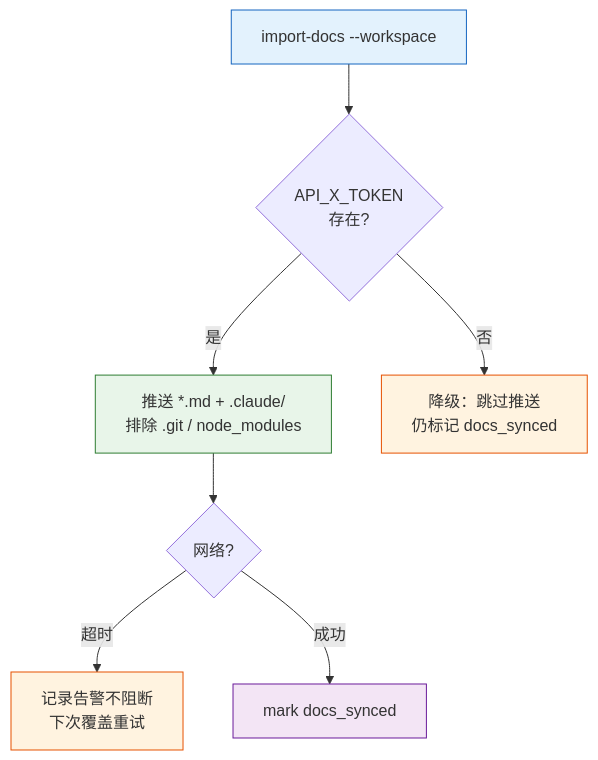
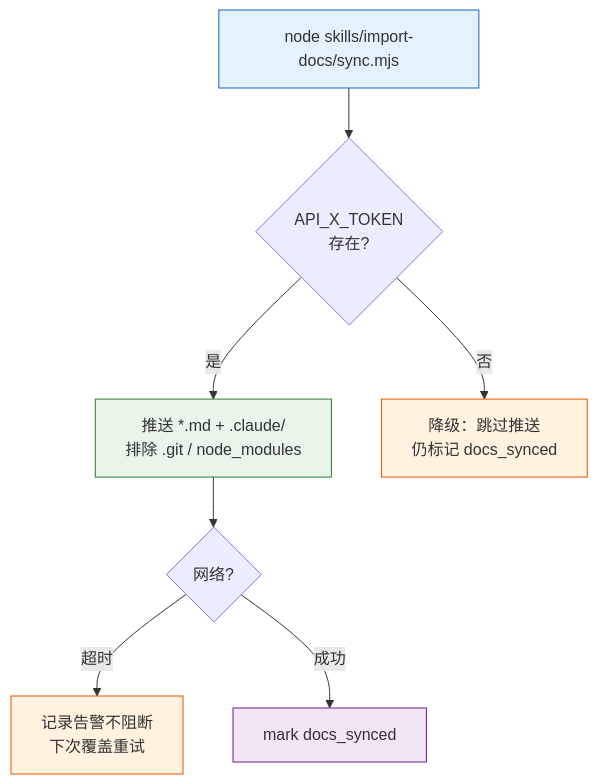
Before and after one commit to effiy/YrY: the fourth of 10 diagrams in rules/delivery-gate.md, drawn with Mermaid. The commit also changed other lines of this file and 13 other files, not shown here.

````diff
--- a/rules/delivery-gate.md
+++ b/rules/delivery-gate.md
@@ -94,14 +94,14 @@
 ```mermaid
 flowchart TD
-    SYNC["import-docs --workspace"]:::step --> Q1{"API_X_TOKEN<br/>存在?"}
+    SYNC["node skills/import-docs/sync.mjs"]:::step --> Q1{"API_X_TOKEN<br/>存在?"}
     Q1 -->|"是"| PUSH["推送 *.md + .claude/<br/>排除 .git / node_modules"]:::push
     Q1 -->|"否"| NOOP["降级：跳过推送<br/>仍标记 docs_synced"]:::warn
     PUSH --> Q2{"网络?"}
     Q2 -->|"超时"| WARN["记录告警不阻断<br/>下次覆盖重试"]:::warn
     Q2 -->|"成功"| MARK["mark docs_synced"]:::mark
 
     classDef step fill:#e3f2fd,stroke:#1565c0;
     classDef push fill:#e8f5e9,stroke:#2e7d32;
     classDef warn fill:#fff3e0,stroke:#e65100;
     classDef mark fill:#f3e5f5,stroke:#6a1b9a;
 ```
````
